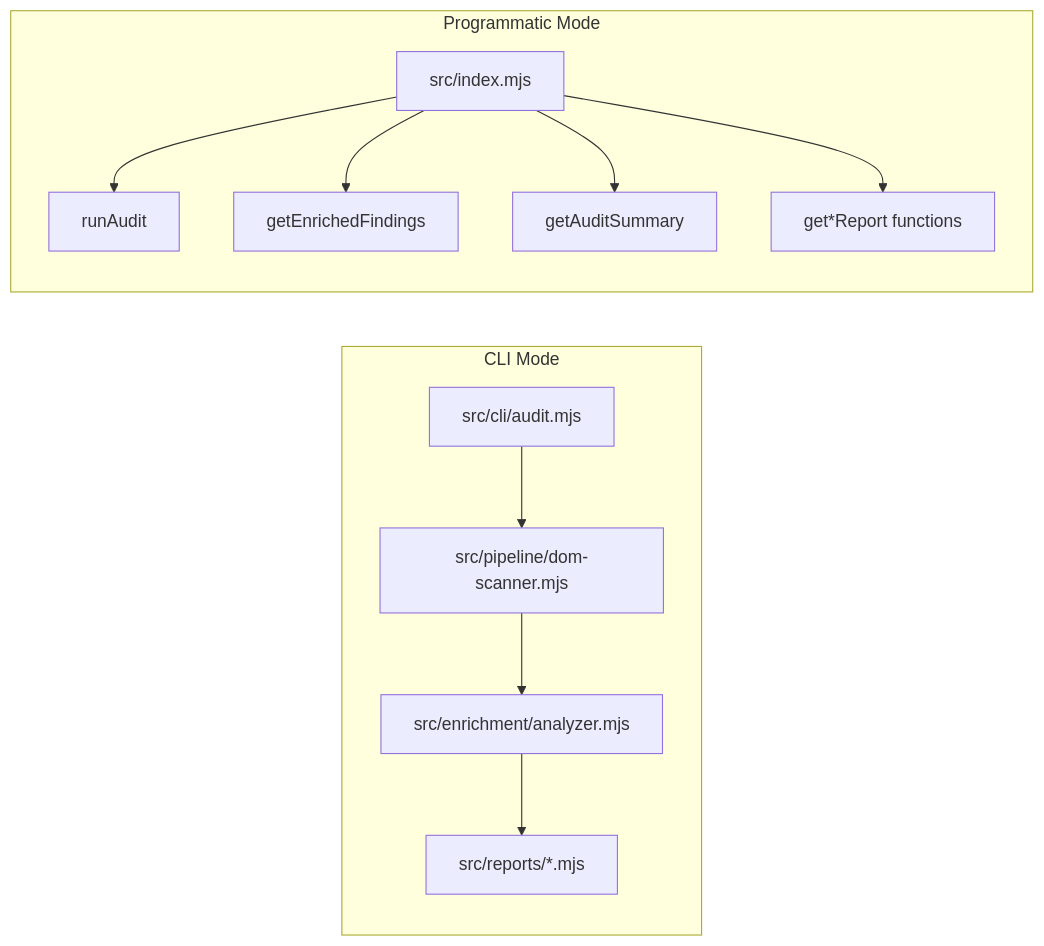
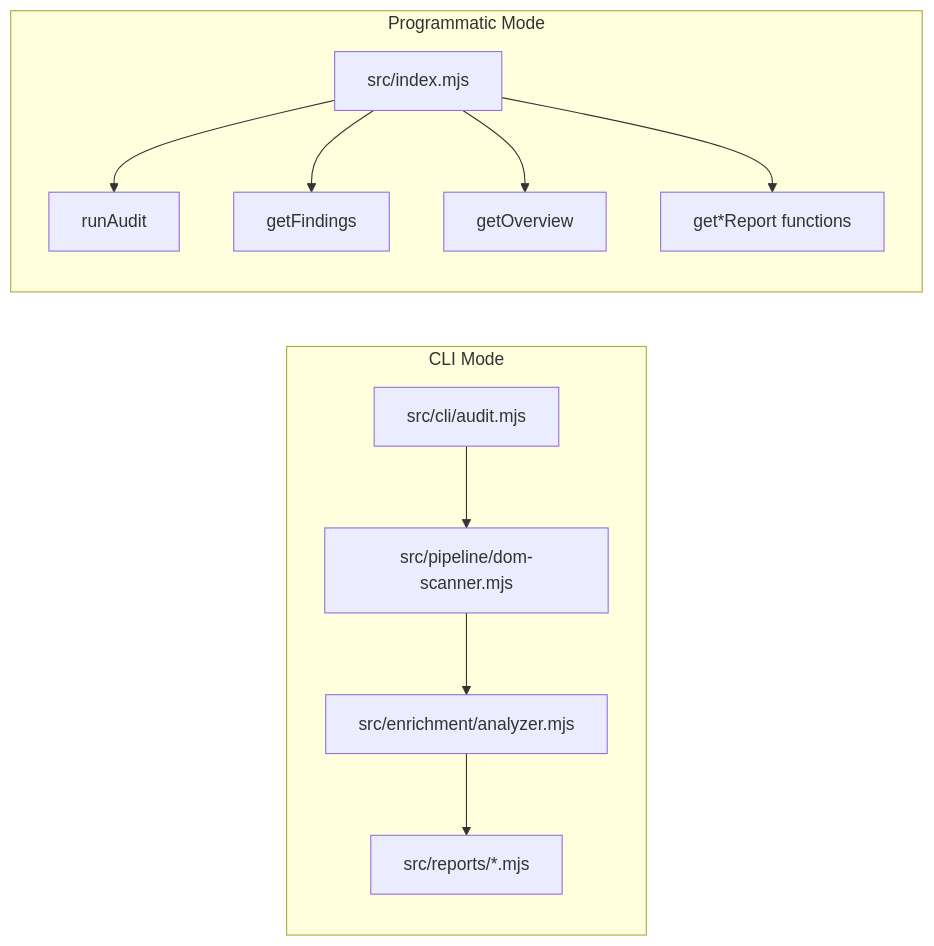
The second of 2 diagrams in docs/architecture.md (diegovelasquezweb/a11y-engine), drawn with Mermaid before and after one commit. The commit also changed other lines of this file and 9 other files, not shown here.

First line of the commit message:
feat: rename API to getFindings/getOverview, remove legacy names and raw array input

````diff
--- a/docs/architecture.md
+++ b/docs/architecture.md
@@ -46,22 +46,22 @@
 ```mermaid
 flowchart LR
     subgraph CLI[CLI Mode]
       C1[src/cli/audit.mjs]
       C2[src/pipeline/dom-scanner.mjs]
       C3[src/enrichment/analyzer.mjs]
       C4[src/reports/*.mjs]
       C1 --> C2 --> C3 --> C4
     end
 
     subgraph API[Programmatic Mode]
       A1[src/index.mjs]
       A2[runAudit]
-      A3[getEnrichedFindings]
-      A4[getAuditSummary]
+      A3[getFindings]
+      A4[getOverview]
       A5[get*Report functions]
       A1 --> A2
       A1 --> A3
       A1 --> A4
       A1 --> A5
     end
 ```
````
